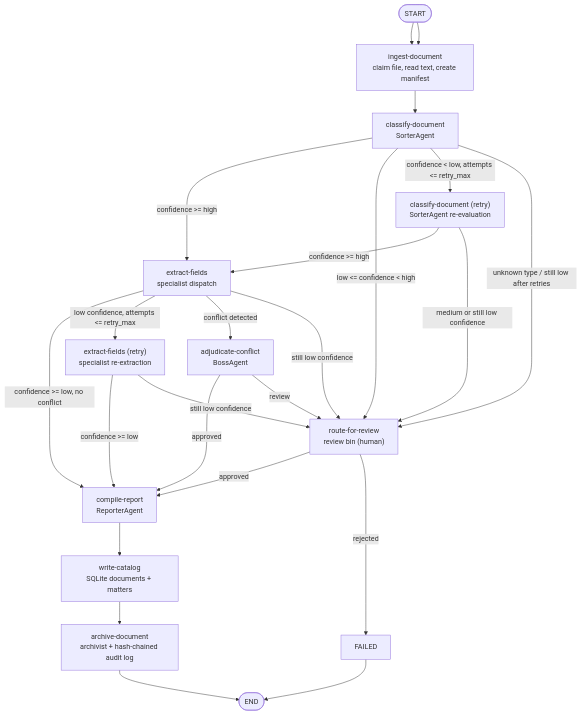
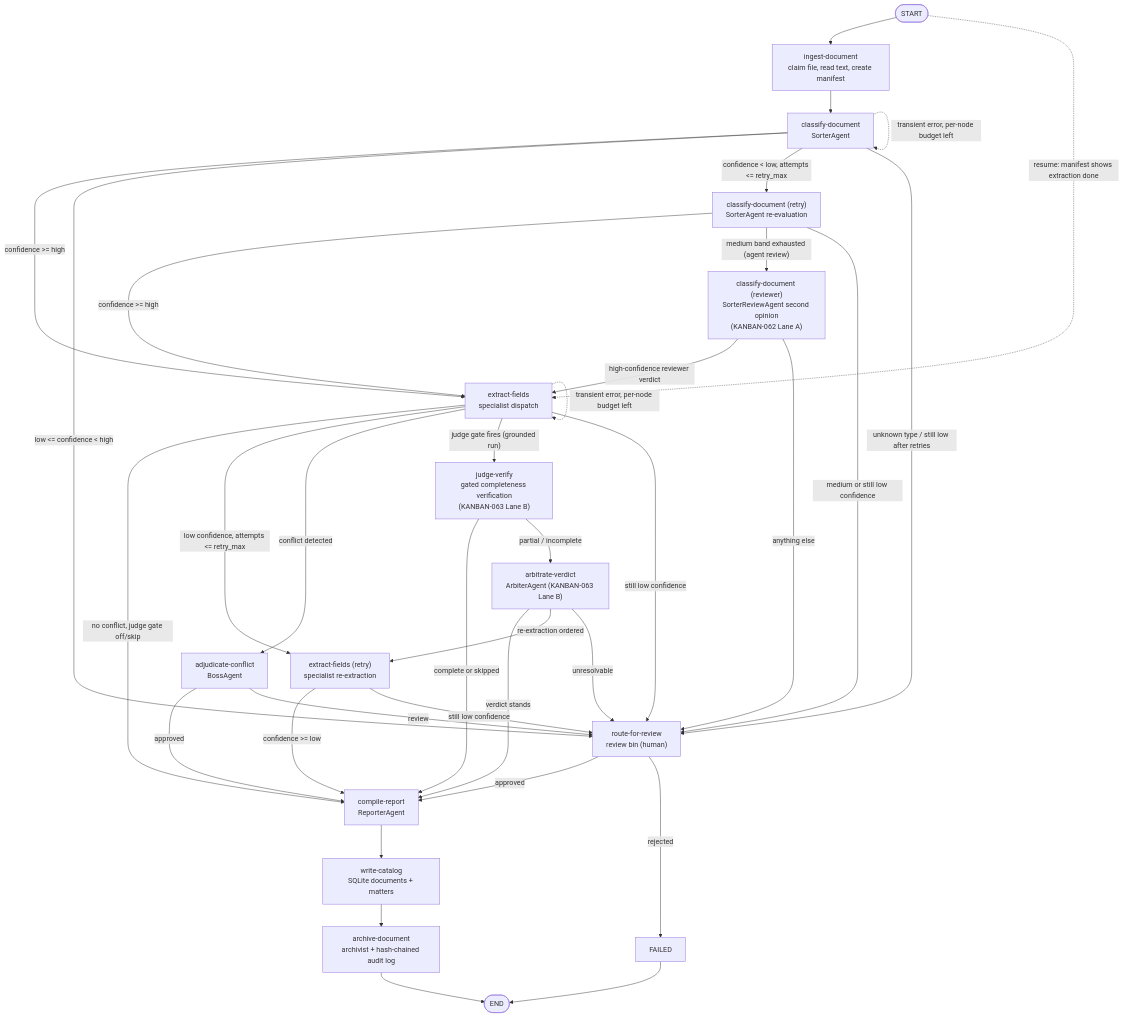
One commit to Exios66/llm-mailroom changed the first of 2 diagrams in docs/architecture.md. Above: the diagram before and after it, drawn with Mermaid. The commit also changed other lines of this file and 14 other files, not shown here.

````diff
--- a/docs/architecture.md
+++ b/docs/architecture.md
@@ -11,41 +11,55 @@
 ```mermaid
 flowchart TD
     START([START]) --> INGEST
+    START -. "resume: manifest shows extraction done" .-> EXTRACT
 
     INGEST["ingest-document<br/>claim file, read text, create manifest"]
     CLASSIFY["classify-document<br/>SorterAgent"]
     RETRY_CLASS["classify-document (retry)<br/>SorterAgent re-evaluation"]
+    REVIEW_CLASS["classify-document (reviewer)<br/>SorterReviewAgent second opinion<br/>(KANBAN-062 Lane A)"]
     EXTRACT["extract-fields<br/>specialist dispatch"]
     RETRY_EXTRACT["extract-fields (retry)<br/>specialist re-extraction"]
+    JUDGE["judge-verify<br/>gated completeness verification<br/>(KANBAN-063 Lane B)"]
+    ARBITER["arbitrate-verdict<br/>ArbiterAgent (KANBAN-063 Lane B)"]
     BOSS["adjudicate-conflict<br/>BossAgent"]
     REVIEW["route-for-review<br/>review bin (human)"]
     REPORT["compile-report<br/>ReporterAgent"]
     CATALOG["write-catalog<br/>SQLite documents + matters"]
     ARCHIVE["archive-document<br/>archivist + hash-chained audit log"]
     FAILED["FAILED"]
     ENDX([END])
 
-    START --> INGEST
     INGEST --> CLASSIFY
 
     CLASSIFY -- "confidence >= high" --> EXTRACT
     CLASSIFY -- "low <= confidence < high" --> REVIEW
     CLASSIFY -- "confidence < low, attempts <= retry_max" --> RETRY_CLASS
     CLASSIFY -- "unknown type / still low after retries" --> REVIEW
+    CLASSIFY -. "transient error, per-node budget left" .-> CLASSIFY
     RETRY_CLASS -- "confidence >= high" --> EXTRACT
+    RETRY_CLASS -- "medium band exhausted (agent review)" --> REVIEW_CLASS
     RETRY_CLASS -- "medium or still low confidence" --> REVIEW
+    REVIEW_CLASS -- "high-confidence reviewer verdict" --> EXTRACT
+    REVIEW_CLASS -- "anything else" --> REVIEW
 
-    EXTRACT -- "confidence >= low, no conflict" --> REPORT
+    EXTRACT -- "no conflict, judge gate off/skip" --> REPORT
     EXTRACT -- "low confidence, attempts <= retry_max" --> RETRY_EXTRACT
     EXTRACT -- "conflict detected" --> BOSS
+    EXTRACT -- "judge gate fires (grounded run)" --> JUDGE
     EXTRACT -- "still low confidence" --> REVIEW
+    EXTRACT -. "transient error, per-node budget left" .-> EXTRACT
     RETRY_EXTRACT -- "confidence >= low" --> REPORT
     RETRY_EXTRACT -- "still low confidence" --> REVIEW
 
+    JUDGE -- "complete or skipped" --> REPORT
+    JUDGE -- "partial / incomplete" --> ARBITER
+    ARBITER -- "verdict stands" --> REPORT
+    ARBITER -- "re-extraction ordered" --> RETRY_EXTRACT
+    ARBITER -- "unresolvable" --> REVIEW
     BOSS -- "approved" --> REPORT
     BOSS -- "review" --> REVIEW
     REVIEW -- "approved" --> REPORT
     REVIEW -- "rejected" --> FAILED --> ENDX
 
     REPORT --> CATALOG --> ARCHIVE --> ENDX
 ```
````
